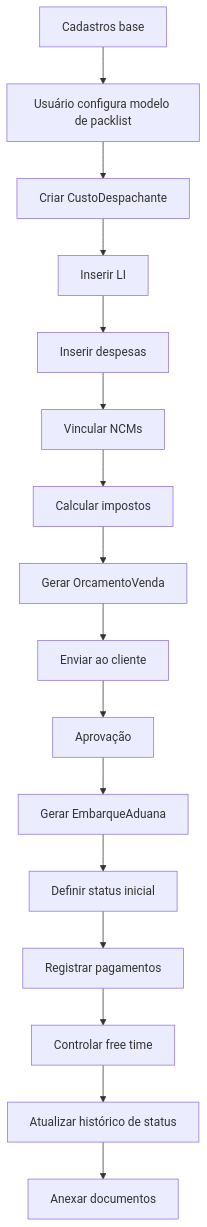
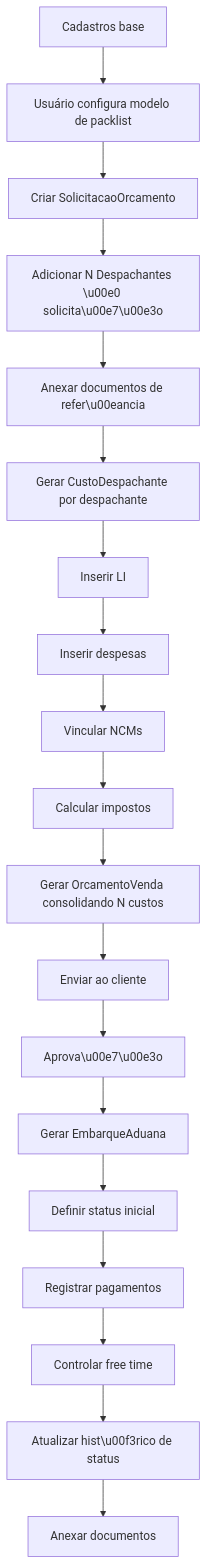
Before and after one commit to leandrofmarcos/arduana: the seventh of 8 diagrams in docs/last/nova_modelagem_sistema_aduana_ajustada (1).md, drawn with Mermaid. The commit also changed other lines of this file and 1 other file, not shown here.

First line of the commit message:
docs: revisão v2.4 - relacionamentos SolicitacaoOrcamento como processo raiz

````diff
--- a/docs/last/nova_modelagem_sistema_aduana_ajustada (1).md
+++ b/docs/last/nova_modelagem_sistema_aduana_ajustada (1).md
@@ -828,18 +895,21 @@
 ```mermaid
 flowchart TD
     A[Cadastros base] --> B[Usuário configura modelo de packlist]
-    B --> C[Criar CustoDespachante]
-    C --> D[Inserir LI]
-    D --> E[Inserir despesas]
-    E --> F[Vincular NCMs]
-    F --> G[Calcular impostos]
-    G --> H[Gerar OrcamentoVenda]
-    H --> I[Enviar ao cliente]
-    I --> J[Aprovação]
-    J --> K[Gerar EmbarqueAduana]
-    K --> L[Definir status inicial]
-    L --> M[Registrar pagamentos]
-    M --> N[Controlar free time]
-    N --> O[Atualizar histórico de status]
-    O --> P[Anexar documentos]
+    B --> C[Criar SolicitacaoOrcamento]
+    C --> D[Adicionar N Despachantes \u00e0 solicita\u00e7\u00e3o]
+    D --> E[Anexar documentos de refer\u00eancia]
+    E --> F[Gerar CustoDespachante por despachante]
+    F --> G[Inserir LI]
+    G --> H[Inserir despesas]
+    H --> I[Vincular NCMs]
+    I --> J[Calcular impostos]
+    J --> K[Gerar OrcamentoVenda consolidando N custos]
+    K --> L[Enviar ao cliente]
+    L --> M[Aprova\u00e7\u00e3o]
+    M --> N[Gerar EmbarqueAduana]
+    N --> O[Definir status inicial]
+    O --> P[Registrar pagamentos]
+    P --> Q[Controlar free time]
+    Q --> R[Atualizar hist\u00f3rico de status]
+    R --> S[Anexar documentos]
 ```
````
